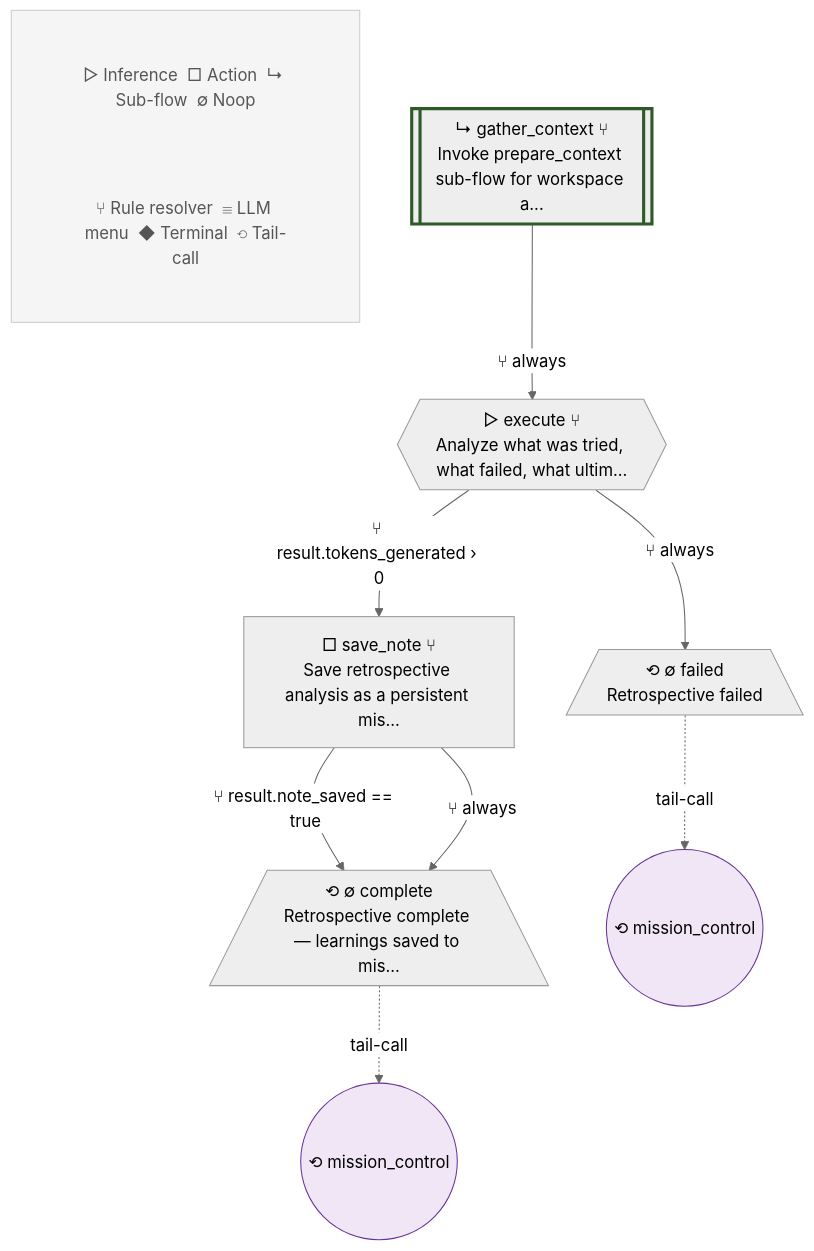
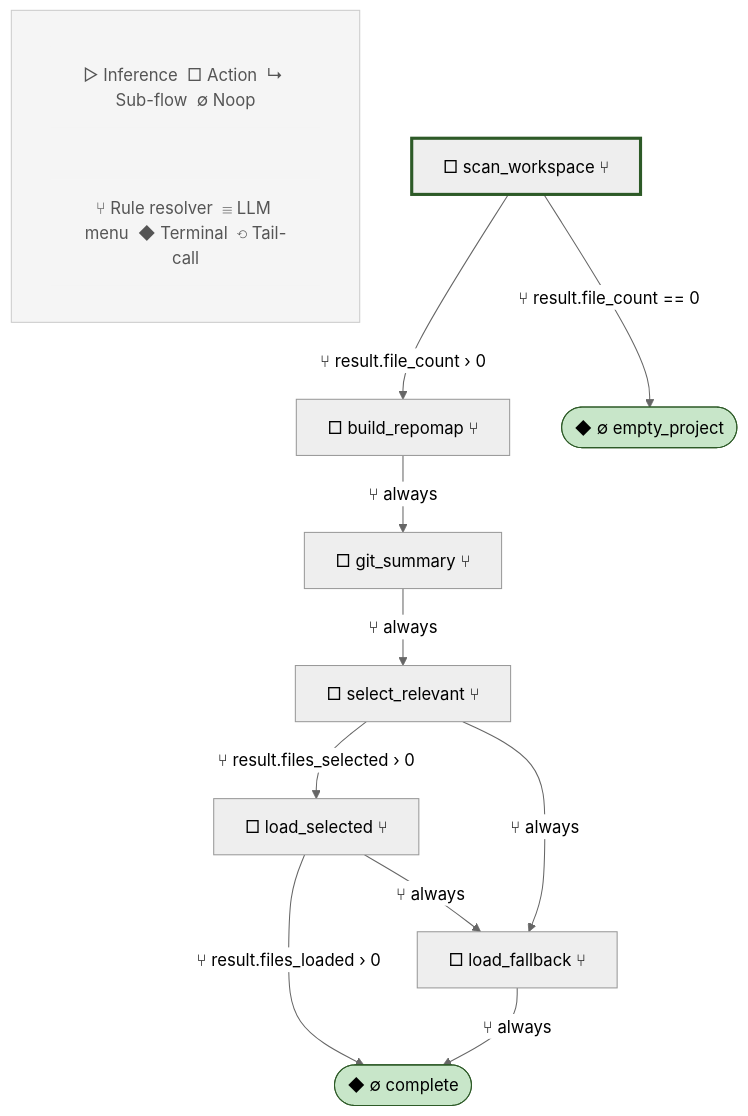
One commit to lah-rb/ouroboros changed diagram 14 of 20 in blueprint.md. Above: the diagram before and after it, drawn with Mermaid (neutral theme). The commit also changed other lines of this file and 207 other files, not shown here.

````diff
--- a/blueprint.md
+++ b/blueprint.md
@@ -1021,33 +1112,36 @@
 ```mermaid
 flowchart TD
-    %% retrospective v3
+    %% prepare_context v3
 
     subgraph Legend[" "]
         L1["▷ Inference  □ Action  ↳ Sub-flow  ∅ Noop"]
         L2["⑂ Rule resolver  ☰ LLM menu  ◆ Terminal  ⟲ Tail-call"]
     end
     style Legend fill:#f5f5f5,stroke:#ccc,stroke-width:1px
     style L1 fill:#f5f5f5,stroke:none,color:#555
     style L2 fill:#f5f5f5,stroke:none,color:#555
 
-    gather_context[["↳ gather_context ⑂\nInvoke prepare_context sub-flow for workspace a..."]]
-    execute{{"▷ execute ⑂\nAnalyze what was tried, what failed, what ultim..."}}
-    save_note["□ save_note ⑂\nSave retrospective analysis as a persistent mis..."]
-    complete[/"⟲ ∅ complete\nRetrospective complete — learnings saved to mis..."\]
-    failed[/"⟲ ∅ failed\nRetrospective failed"\]
+    scan_workspace["□ scan_workspace ⑂"]
+    build_repomap["□ build_repomap ⑂"]
+    git_summary["□ git_summary ⑂"]
+    select_relevant["□ select_relevant ⑂"]
+    load_selected["□ load_selected ⑂"]
+    load_fallback["□ load_fallback ⑂"]
+    empty_project(["◆ ∅ empty_project"])
+    complete(["◆ ∅ complete"])
 
-    style gather_context stroke-width:3px,stroke:#2d5a27
+    style scan_workspace stroke-width:3px,stroke:#2d5a27
 
-    gather_context -->|⑂ always| execute
-    execute -->|⑂ result.tokens_generated › 0| save_note
-    execute -->|⑂ always| failed
-    save_note -->|⑂ result.note_saved == true| complete
-    save_note -->|⑂ always| complete
-    tc_complete(("⟲ mission_control"))
-    style tc_complete fill:#f0e6f6,stroke:#663399
-    complete -.->|tail-call| tc_complete
-    tc_failed(("⟲ mission_control"))
-    style tc_failed fill:#f0e6f6,stroke:#663399
-    failed -.->|tail-call| tc_failed
+    scan_workspace -->|⑂ result.file_count › 0| build_repomap
+    scan_workspace -->|⑂ result.file_count == 0| empty_project
+    build_repomap -->|⑂ always| git_summary
+    git_summary -->|⑂ always| select_relevant
+    select_relevant -->|⑂ result.files_selected › 0| load_selected
+    select_relevant -->|⑂ always| load_fallback
+    load_selected -->|⑂ result.files_loaded › 0| complete
+    load_selected -->|⑂ always| load_fallback
+    load_fallback -->|⑂ always| complete
 
+    style empty_project fill:#c8e6c9,stroke:#2d5a27
+    style complete fill:#c8e6c9,stroke:#2d5a27
 ```
````
